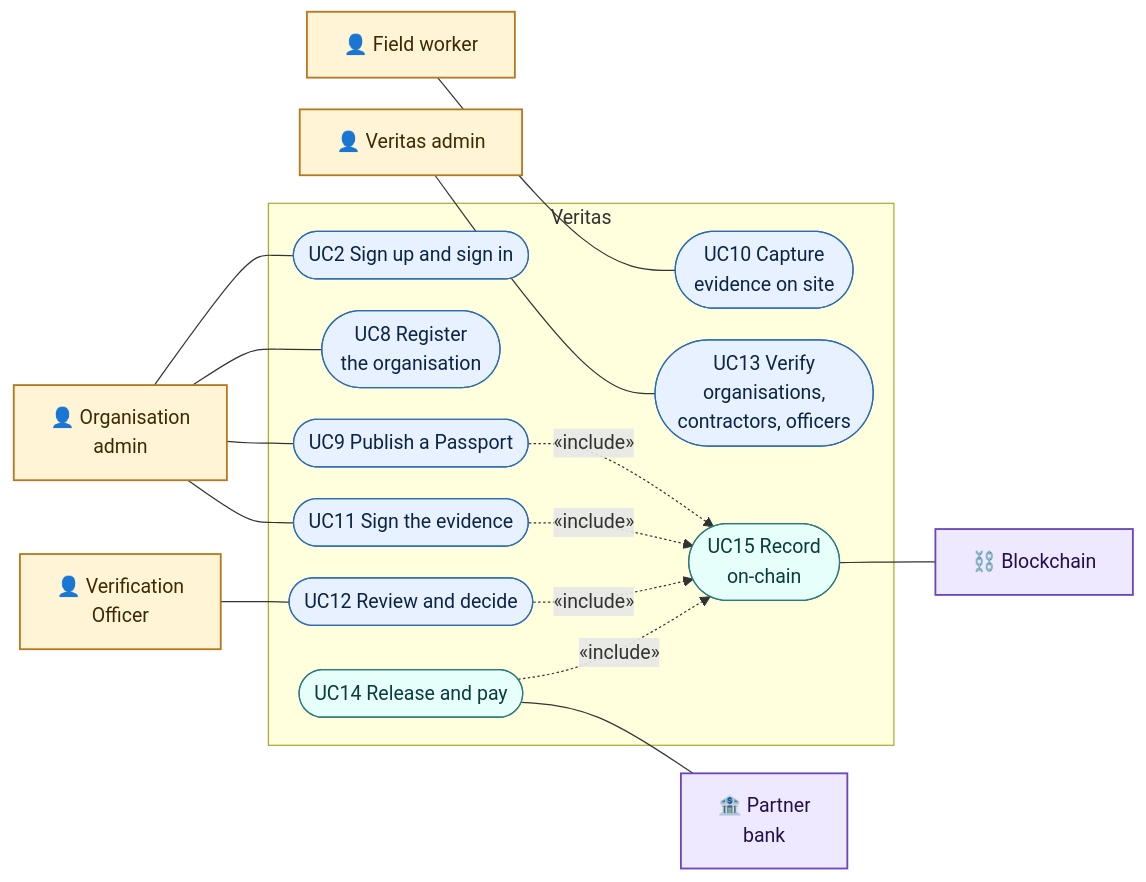
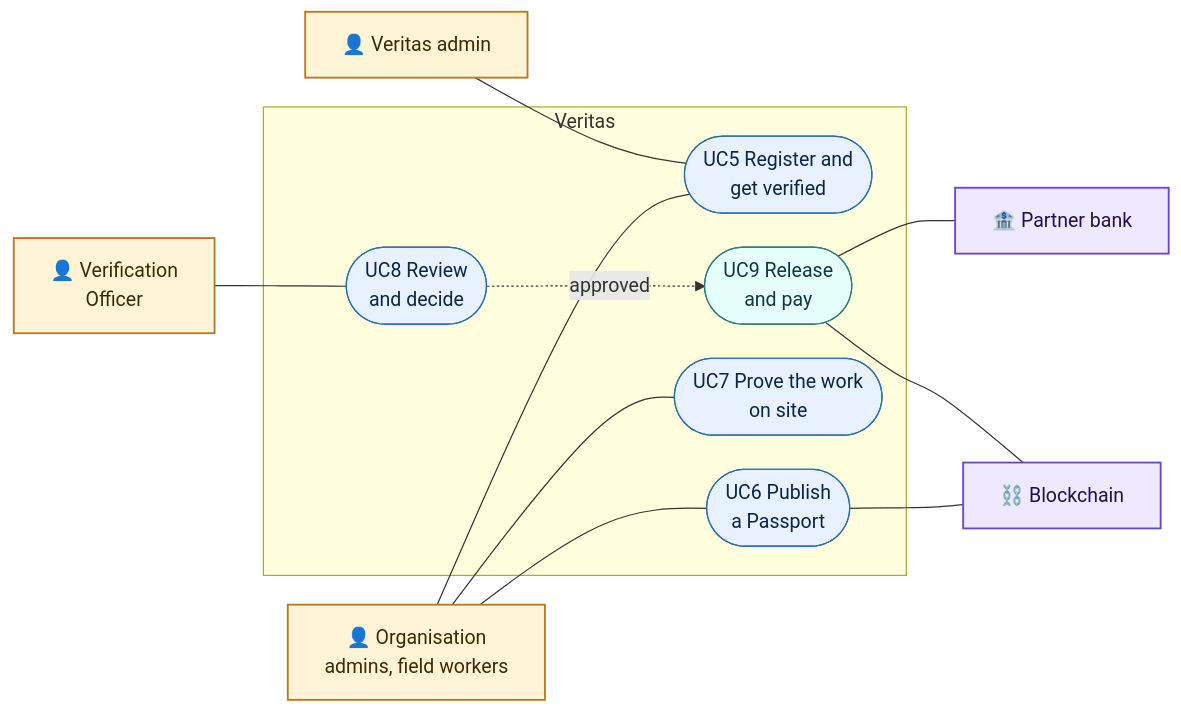
Before and after one commit to eminroot/veritas: the diagram in docs/diagrams/use-cases-organisations.md, drawn with Mermaid. The commit also changed 50 other files, not shown here.

First line of the commit message:
Readme: a high-level view of the system, in fewer and smaller diagrams

````diff
--- a/docs/diagrams/use-cases-organisations.md
+++ b/docs/diagrams/use-cases-organisations.md
@@ -5,37 +5,29 @@
 ```mermaid
-%%{init: {"flowchart": {"rankSpacing": 34, "nodeSpacing": 26}}}%%
+%%{init: {"flowchart": {"rankSpacing": 40, "nodeSpacing": 28}}}%%
 flowchart LR
     classDef actor fill:#FFF4D6,stroke:#B7791F,color:#3D2A00,stroke-width:1.5px
     classDef uc fill:#E8F1FF,stroke:#2B6CB0,color:#0B2545
     classDef shared fill:#E6FFFA,stroke:#2C7A7B,color:#0B3B3B
     classDef system fill:#EFE9FF,stroke:#6B46C1,color:#22104A,stroke-width:1.5px
 
-    org["👤 Organisation<br/>admin"]:::actor
-    field["👤 Field worker"]:::actor
+    org["👤 Organisation<br/>admins, field workers"]:::actor
+    admin["👤 Veritas admin"]:::actor
     officer["👤 Verification<br/>Officer"]:::actor
-    admin["👤 Veritas admin"]:::actor
     subgraph veritas["Veritas"]
-        u2(["UC2 Sign up and sign in"]):::uc
-        u8(["UC8 Register<br/>the organisation"]):::uc
-        u9(["UC9 Publish a Passport"]):::uc
-        u11(["UC11 Sign the evidence"]):::uc
-        u10(["UC10 Capture<br/>evidence on site"]):::uc
-        u12(["UC12 Review and decide"]):::uc
-        u13(["UC13 Verify<br/>organisations,<br/>contractors, officers"]):::uc
-        u14(["UC14 Release and pay"]):::shared
-        u15(["UC15 Record<br/>on-chain"]):::shared
+        u5(["UC5 Register and<br/>get verified"]):::uc
+        u6(["UC6 Publish<br/>a Passport"]):::uc
+        u7(["UC7 Prove the work<br/>on site"]):::uc
+        u8(["UC8 Review<br/>and decide"]):::uc
+        u9(["UC9 Release<br/>and pay"]):::shared
     end
-    bank["🏦 Partner<br/>bank"]:::system
+    bank["🏦 Partner bank"]:::system
     chain["⛓️ Blockchain"]:::system
 
-    org --- u2 & u8 & u9 & u11
-    field --- u10
-    officer --- u12
-    admin --- u13
-    u9 -. "«include»" .-> u15
-    u11 -. "«include»" .-> u15
-    u12 -. "«include»" .-> u15
-    u14 -. "«include»" .-> u15
-    u14 --- bank
-    u15 --- chain
+    org --- u5 & u6 & u7
+    admin --- u5
+    officer --- u8
+    u8 -. "approved" .-> u9
+    u9 --- bank
+    u6 --- chain
+    u9 --- chain
 ```
````
